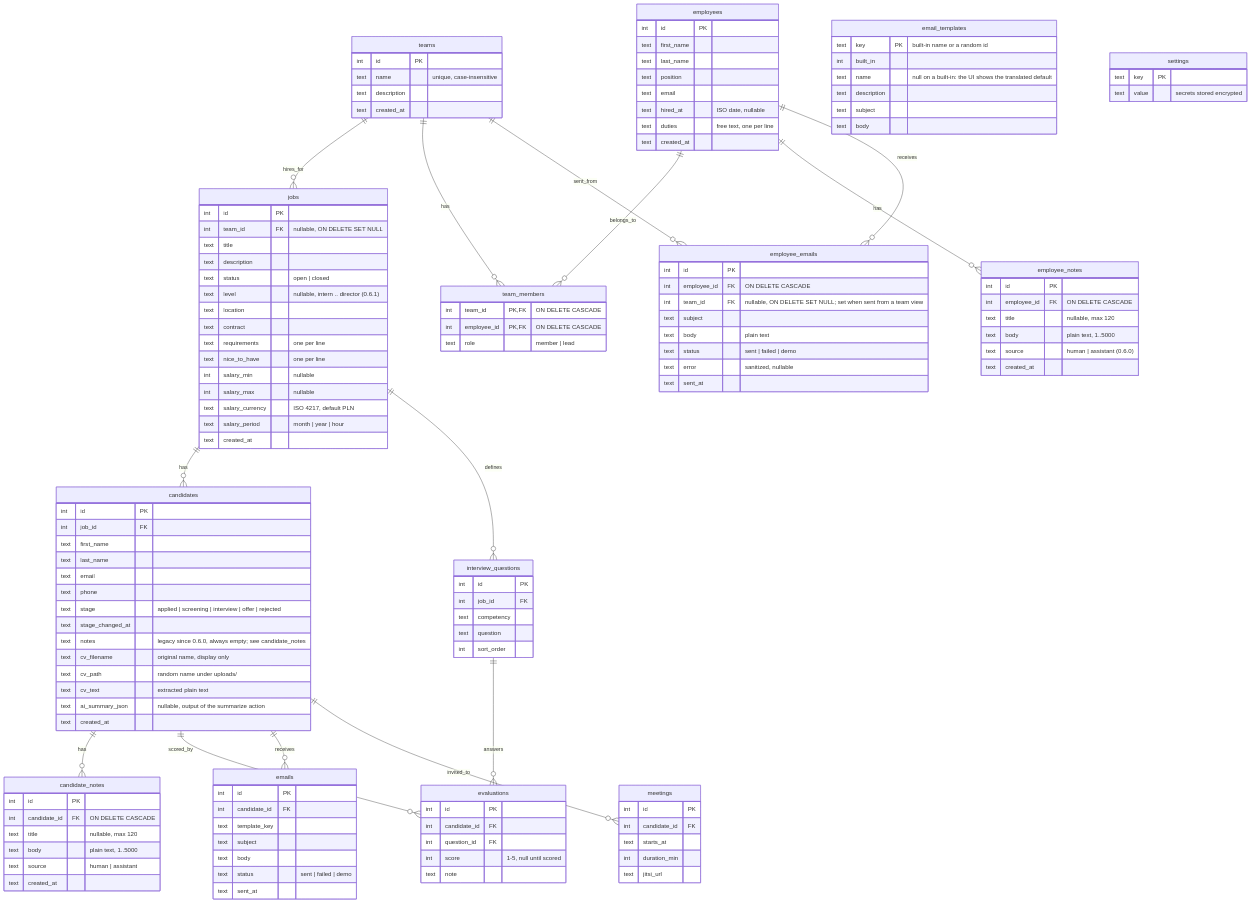
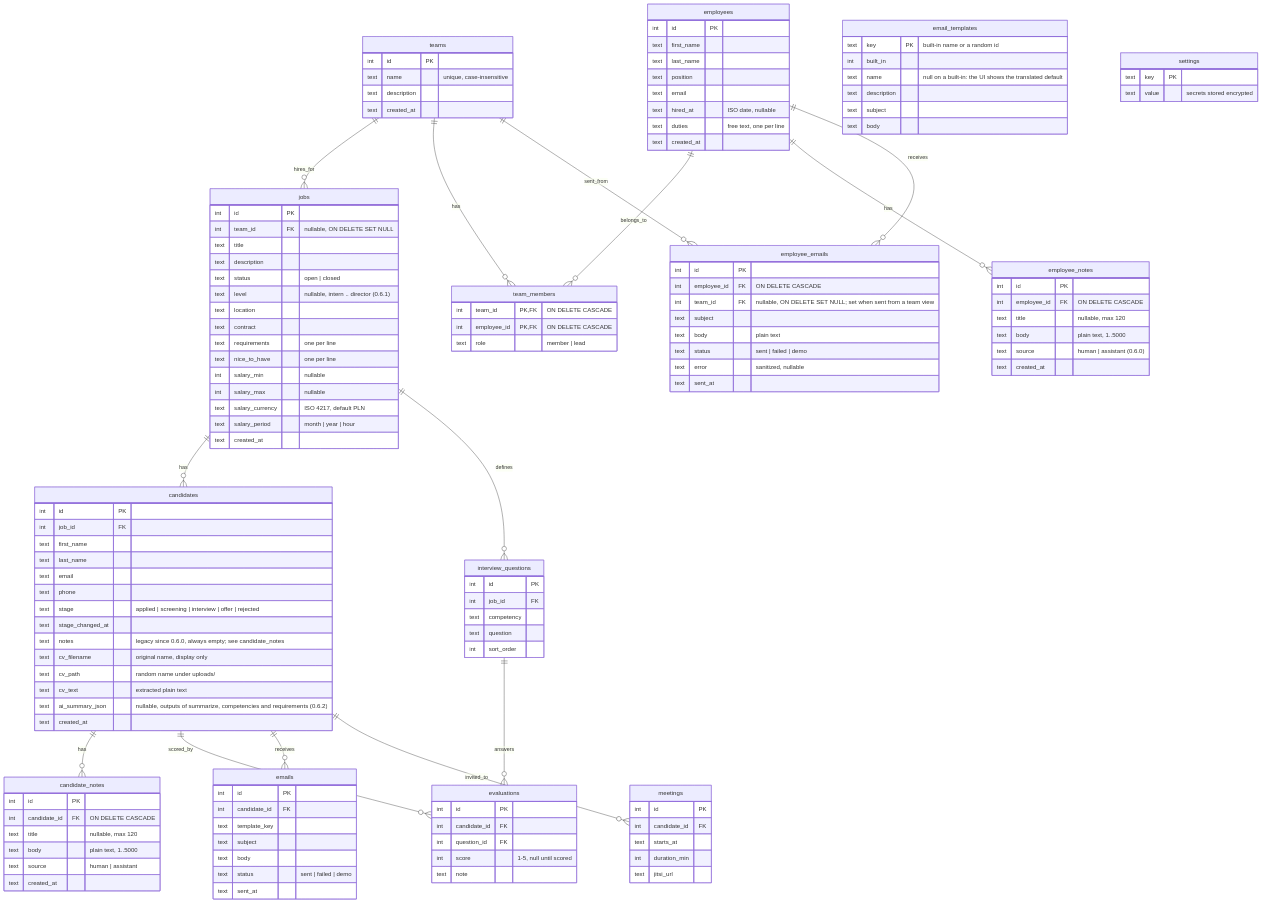
One commit to pawelrozanski/HRmit changed the second of 5 diagrams in docs/ARCHITECTURE.md. Above: the diagram before and after it, drawn with Mermaid. The commit also changed other lines of this file and 36 other files, not shown here.

```diff
--- a/docs/ARCHITECTURE.md
+++ b/docs/ARCHITECTURE.md
@@ -165,7 +165,7 @@
     text cv_filename "original name, display only"
     text cv_path "random name under uploads/"
     text cv_text "extracted plain text"
-    text ai_summary_json "nullable, output of the summarize action"
+    text ai_summary_json "nullable, outputs of summarize, competencies and requirements (0.6.2)"
     text created_at
   }
   interview_questions {
```
